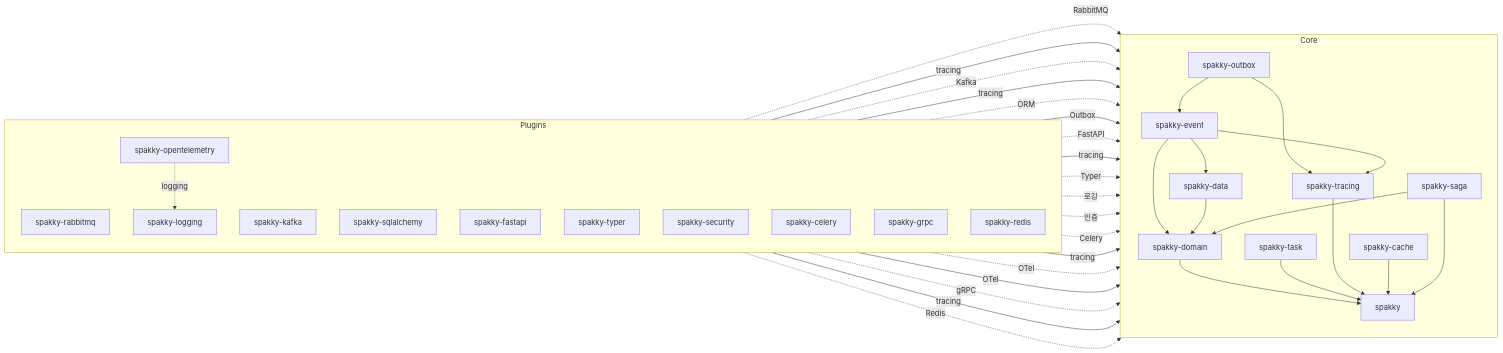
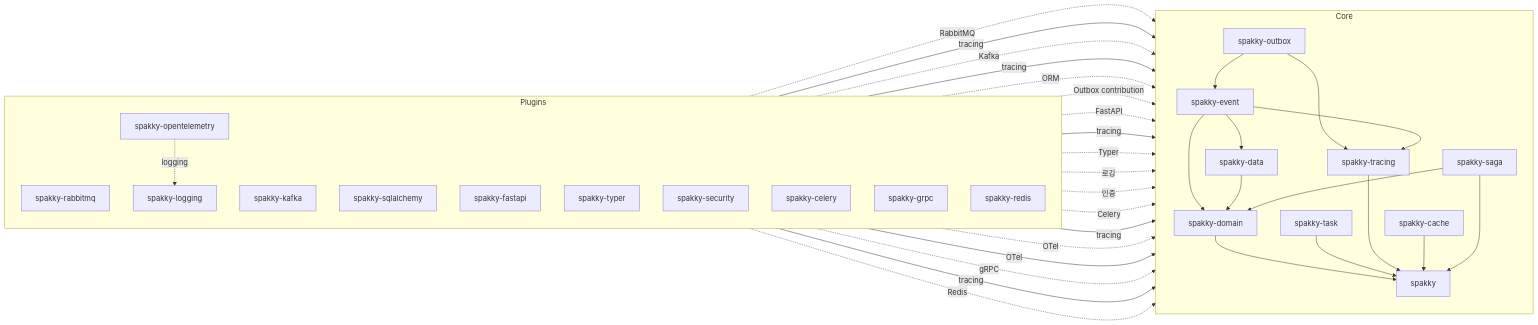
The diagram in docs/index.md (E5presso/spakky-framework), drawn with Mermaid before and after one commit. The commit also changed 8 other files, not shown here.

````diff
--- a/docs/index.md
+++ b/docs/index.md
@@ -255,53 +255,53 @@
 ```mermaid
 flowchart LR
   subgraph Plugins[Plugins]
     direction TB
     rabbitmq[spakky-rabbitmq]
     kafka[spakky-kafka]
     sqlalchemy[spakky-sqlalchemy]
     fastapi[spakky-fastapi]
     typer[spakky-typer]
     logging[spakky-logging]
     security[spakky-security]
     celery[spakky-celery]
     opentelemetry[spakky-opentelemetry]
     grpc[spakky-grpc]
     redis[spakky-redis]
   end
 
   subgraph Core[Core]
     direction TB
     outbox[spakky-outbox] --> event[spakky-event]
     outbox --> tracing_dep[spakky-tracing]
     event --> data[spakky-data]
     event --> tracing_dep
     event --> domain[spakky-domain]
     data --> domain
     domain --> core[spakky]
     task[spakky-task] --> core
     tracing_dep --> core
     cache[spakky-cache] --> core
     saga[spakky-saga] --> domain
     saga --> core
   end
 
   rabbitmq -. RabbitMQ .-> event
   rabbitmq -- tracing --> tracing_dep
   kafka -. Kafka .-> event
   kafka -- tracing --> tracing_dep
   sqlalchemy -. ORM .-> data
-  sqlalchemy -- Outbox --> outbox
+  sqlalchemy -. Outbox contribution .-> outbox
   fastapi -. FastAPI .-> core
   fastapi -- tracing --> tracing_dep
   typer -. Typer .-> core
   logging -. 로깅 .-> core
   security -. 인증 .-> core
   celery -. Celery .-> task
   celery -- tracing --> tracing_dep
   opentelemetry -. OTel .-> core
   opentelemetry -- OTel --> tracing_dep
   opentelemetry -. logging .-> logging
   grpc -. gRPC .-> core
   grpc -- tracing --> tracing_dep
   redis -. Redis .-> cache
 ```
````
